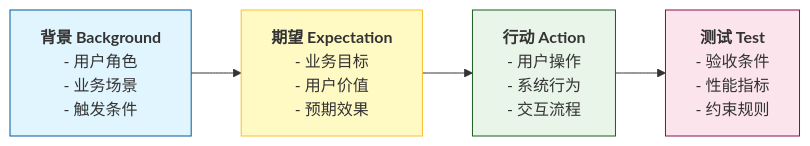
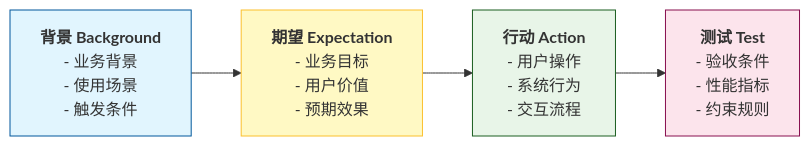
The seventh of 10 diagrams in start-here/AI-Era-Programmers-as-Requirements-Engineers.md (microwind/algorithms), drawn with Mermaid before and after one commit. The commit also changed other lines of this file and 1 other file, not shown here.

````diff
--- a/start-here/AI-Era-Programmers-as-Requirements-Engineers.md
+++ b/start-here/AI-Era-Programmers-as-Requirements-Engineers.md
@@ -425,11 +425,11 @@
 ```mermaid
 graph LR
-    B[<b>背景 Background</b><br/>- 用户角色<br/>- 业务场景<br/>- 触发条件] --> E[<b>期望 Expectation</b><br/>- 业务目标<br/>- 用户价值<br/>- 预期效果]
+    B[<b>背景 Background</b><br/>- 业务背景<br/>- 使用场景<br/>- 触发条件] --> E[<b>期望 Expectation</b><br/>- 业务目标<br/>- 用户价值<br/>- 预期效果]
     E --> A[<b>行动 Action</b><br/>- 用户操作<br/>- 系统行为<br/>- 交互流程]
     A --> T[<b>测试 Test</b><br/>- 验收条件<br/>- 性能指标<br/>- 约束规则]
 
     style B fill:#e1f5fe,stroke:#01579b
     style E fill:#fff9c4,stroke:#fbc02d
     style A fill:#e8f5e8,stroke:#1b5e20
     style T fill:#fce4ec,stroke:#880e4f
 ```
````
